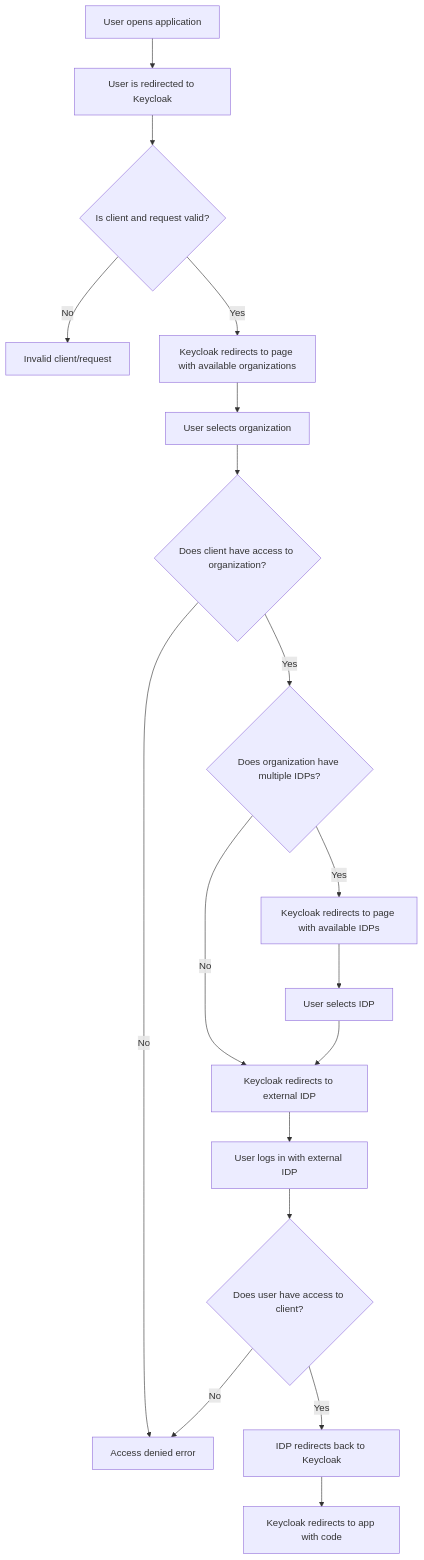
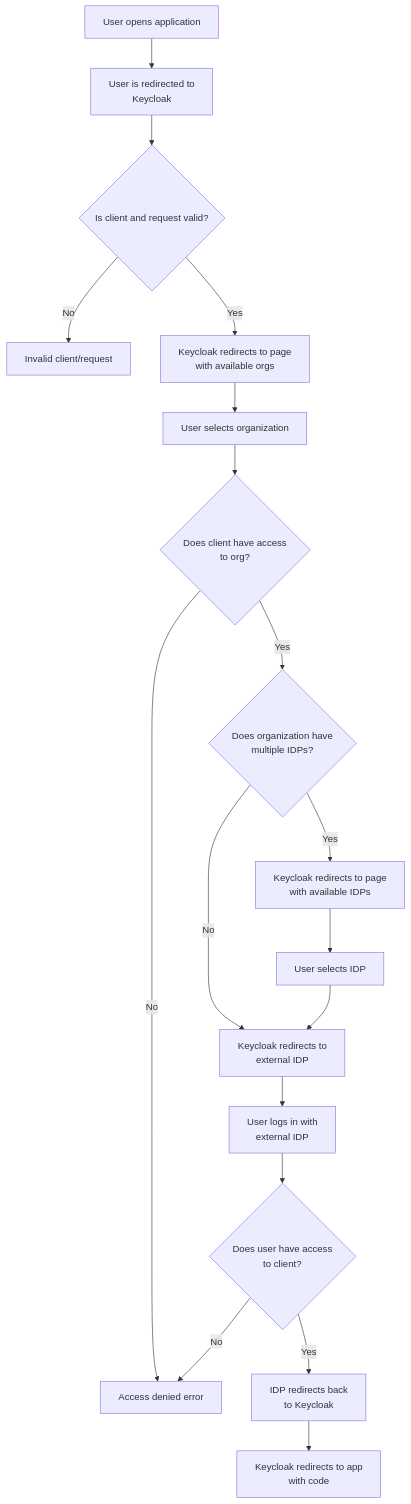
The diagram in docs/processes/authentication-process.md (FINTLabs/flais-keycloak), drawn with Mermaid before and after one commit. The commit also changed other lines of this file and 5 other files, not shown here.

````diff
--- a/docs/processes/authentication-process.md
+++ b/docs/processes/authentication-process.md
@@ -29,49 +27,48 @@
 ```mermaid
 flowchart TD
     is_client_and_req_valid{Is client and request valid?}
-    is_client_access_to_org{Does client have access to organization?}
-    is_org_multiple_idps{Does organization have multiple IDPs?}
-    is_user_access_ext_idp{Does user have access to client?}
+    is_client_access_to_org{Does client have access<br> to org?}
+    is_org_multiple_idps{Does organization have<br> multiple IDPs?}
+    is_user_access_ext_idp{Does user have access<br> to client?}
 
     user_opens_app[User opens application]
     user_selects_org[User selects organization]
     user_selects_idp[User selects IDP]
-    user_redirected_keycloak[User is redirected to Keycloak]
-    user_logs_in_with_ext_idp[User logs in with external IDP]
+    user_redirected_keycloak["User is redirected to<br> Keycloak"]
+    user_logs_in_with_ext_idp[User logs in with<br> external IDP]
 
     err_access_denied[Access denied error]
     err_client_invalid[Invalid client/request]
 
-    kc_redirects_ext_idp[Keycloak redirects to external IDP]
-    kc_redirects_idp_selector[Keycloak redirects to page with available IDPs]
-    kc_redirects_org_selector[Keycloak redirects to page with available organizations]
-    kc_redirects_app[Keycloak redirects to app with code]
+    kc_redirects_ext_idp[Keycloak redirects to<br> external IDP]
+    kc_redirects_idp_selector[Keycloak redirects to page<br> with available IDPs]
+    kc_redirects_org_selector[Keycloak redirects to page<br> with available orgs]
+    kc_redirects_app[Keycloak redirects to app<br> with code]
 
-    idp_redirect_to_keycloak[IDP redirects back to Keycloak]
+    idp_redirect_to_keycloak[IDP redirects back<br> to Keycloak]
 
-    %% ----- FLOW -----  %%
     user_opens_app --> user_redirected_keycloak
     user_redirected_keycloak --> is_client_and_req_valid
 
     is_client_and_req_valid -- Yes --> kc_redirects_org_selector
     is_client_and_req_valid -- No --> err_client_invalid
 
     kc_redirects_org_selector --> user_selects_org
     user_selects_org --> is_client_access_to_org
 
     is_client_access_to_org -- Yes --> is_org_multiple_idps
     is_client_access_to_org -- No --> err_access_denied
     is_org_multiple_idps -- Yes --> kc_redirects_idp_selector
     is_org_multiple_idps -- No --> kc_redirects_ext_idp
 
     kc_redirects_idp_selector --> user_selects_idp
     user_selects_idp --> kc_redirects_ext_idp
     kc_redirects_ext_idp --> user_logs_in_with_ext_idp
 
     user_logs_in_with_ext_idp --> is_user_access_ext_idp
 
     is_user_access_ext_idp -- Yes --> idp_redirect_to_keycloak
     is_user_access_ext_idp -- No --> err_access_denied
 
     idp_redirect_to_keycloak --> kc_redirects_app
 ```
````
